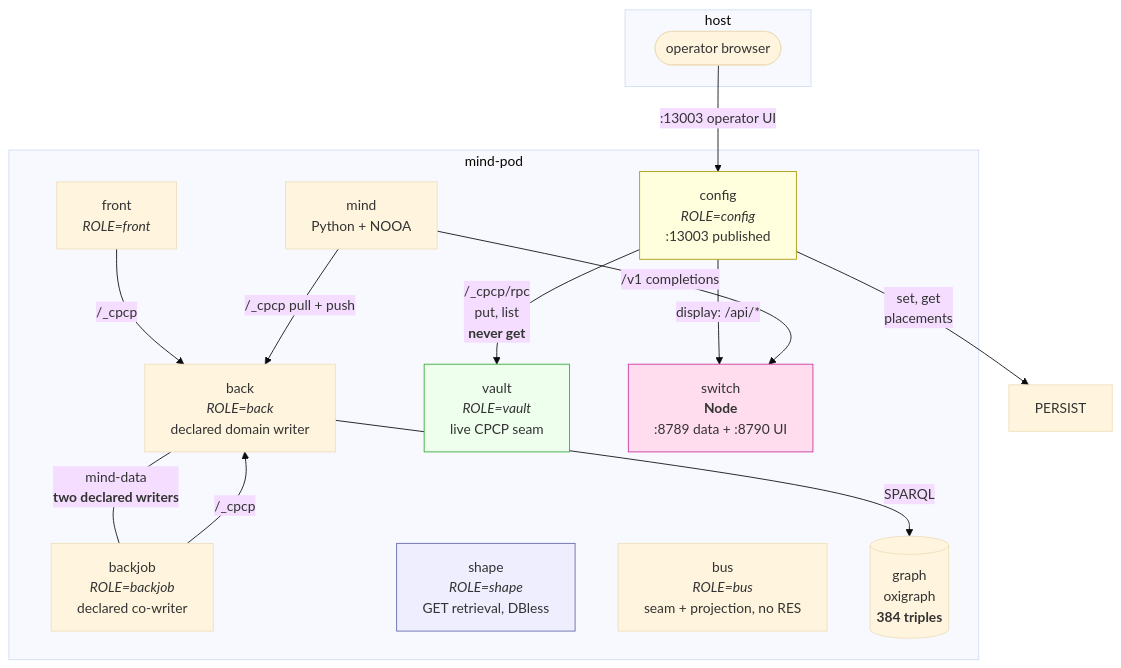
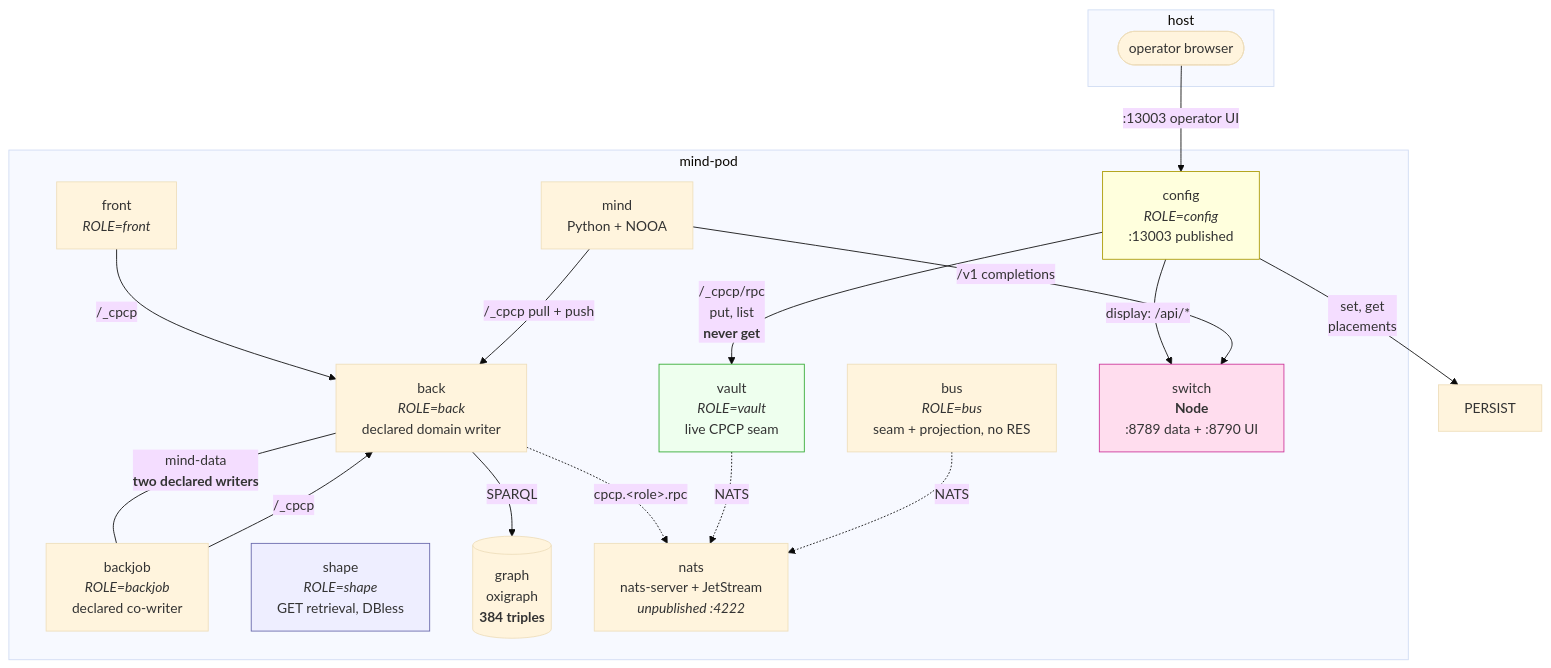
Before and after one commit to laquereric/magentic-stack: the first of 6 diagrams in docs/architecture/ContainerTopology.md, drawn with Mermaid (base theme). The commit also changed other lines of this file and 43 other files, not shown here.

````diff
--- a/docs/architecture/ContainerTopology.md
+++ b/docs/architecture/ContainerTopology.md
@@ -33,33 +34,37 @@
 ```mermaid
 graph TB
   subgraph host["host"]
     H(["operator browser"])
   end
   subgraph pod["mind-pod"]
     CONFIG["config<br/><i>ROLE=config</i><br/>:13003 published"]
     FRONT["front<br/><i>ROLE=front</i>"]
     BACK["back<br/><i>ROLE=back</i><br/>declared domain writer"]
     BACKJOB["backjob<br/><i>ROLE=backjob</i><br/>declared co-writer"]
     VAULT["vault<br/><i>ROLE=vault</i><br/>live CPCP seam"]
     MIND["mind<br/>Python + NOOA"]
     SHAPE["shape<br/><i>ROLE=shape</i><br/>GET retrieval, DBless"]
     BUS["bus<br/><i>ROLE=bus</i><br/>seam + projection, no RES"]
     SWITCH["switch<br/><b>Node</b><br/>:8789 data + :8790 UI"]
     GRAPH[("graph<br/>oxigraph<br/><b>384 triples</b>")]
+    NATS["nats<br/>nats-server + JetStream<br/><i>unpublished :4222</i>"]
   end
   H -->|":13003 operator UI"| CONFIG
   CONFIG -->|"/_cpcp/rpc<br/>put, list<br/><b>never get</b>"| VAULT
   CONFIG -->|"set, get<br/>placements"| PERSIST
   FRONT -->|"/_cpcp"| BACK
   CONFIG -->|"display: /api/*"| SWITCH
   BACKJOB -->|"/_cpcp"| BACK
   MIND -->|"/_cpcp pull + push"| BACK
   MIND -->|"/v1 completions"| SWITCH
   BACK -->|"SPARQL"| GRAPH
   BACK ---|"mind-data<br/><b>two declared writers</b>"| BACKJOB
+  BACK -.->|"cpcp.&lt;role&gt;.rpc"| NATS
+  VAULT -.->|"NATS"| NATS
+  BUS -.->|"NATS"| NATS
 
   style SWITCH fill:#fde,stroke:#c39
   style VAULT fill:#efe,stroke:#3a3
   style CONFIG fill:#ffd,stroke:#a90
   style SHAPE fill:#eef,stroke:#66a
 ```
````
